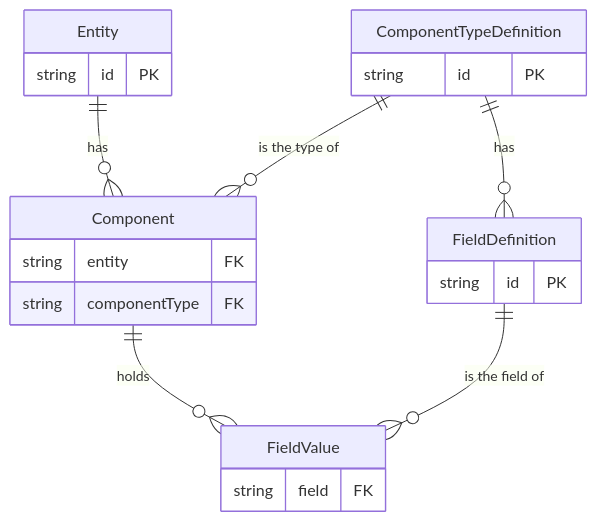
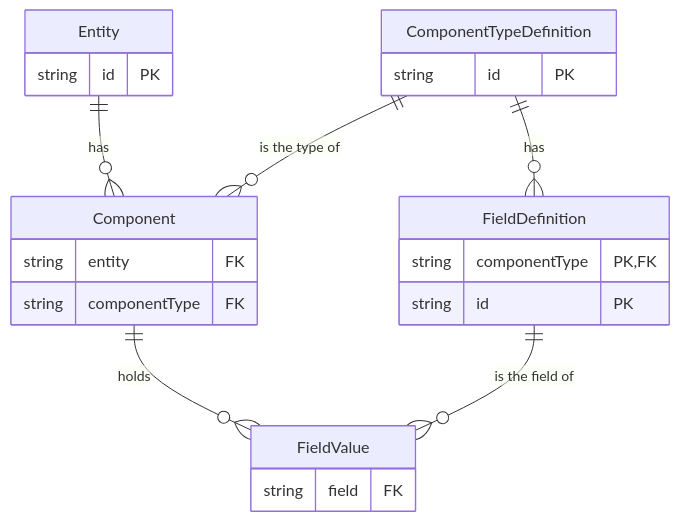
The fifth of 5 diagrams in openspec/changes/511-add-c4-architecture-diagrams/design.md (twin-digital/opus), drawn with Mermaid before and after one commit. The commit also changed other lines of this file and 9 other files, not shown here.

Commit message:
docs(wishem): correct the architecture document after the final review

````diff
--- a/openspec/changes/511-add-c4-architecture-diagrams/design.md
+++ b/openspec/changes/511-add-c4-architecture-diagrams/design.md
@@ -218,24 +218,25 @@
 ```mermaid
 erDiagram
   ComponentTypeDefinition ||--o{ FieldDefinition : has
   Entity ||--o{ Component : has
   ComponentTypeDefinition ||--o{ Component : "is the type of"
   Component ||--o{ FieldValue : holds
   FieldDefinition ||--o{ FieldValue : "is the field of"
   ComponentTypeDefinition {
     string id PK
   }
   FieldDefinition {
+    string componentType PK, FK
     string id PK
   }
   Entity {
     string id PK
   }
   Component {
     string entity FK
     string componentType FK
   }
   FieldValue {
     string field FK
   }
 ```
````
